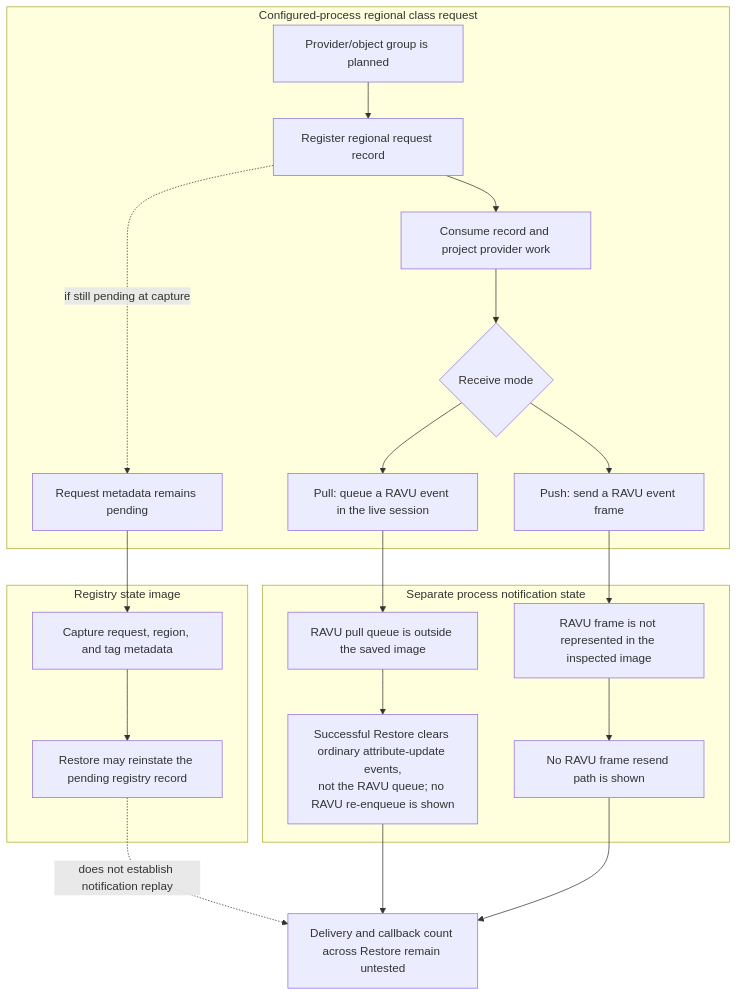
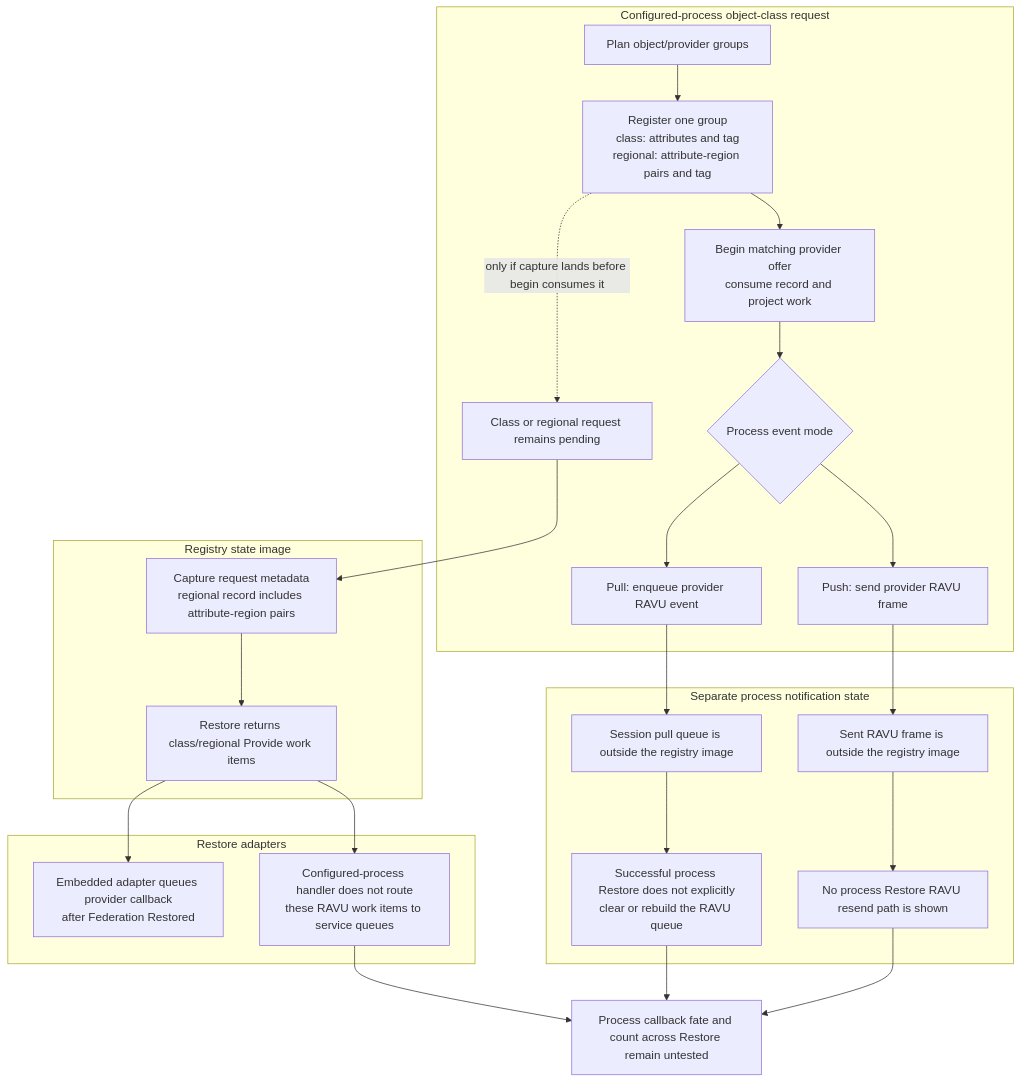
Diagram 15 of 15 in docs/design/HLA-2025-ATTRIBUTE-VALUE-UPDATE-REQUEST-FLOW-GUIDE.md (sheepfling/umbra), drawn with Mermaid before and after one commit. The commit also changed other lines of this file and 2 other files, not shown here.

Commit message:
docs: map configured-process RAVU restore boundary

````diff
--- a/docs/design/HLA-2025-ATTRIBUTE-VALUE-UPDATE-REQUEST-FLOW-GUIDE.md
+++ b/docs/design/HLA-2025-ATTRIBUTE-VALUE-UPDATE-REQUEST-FLOW-GUIDE.md
@@ -1163,27 +1142,32 @@
 ```mermaid
 flowchart TB
-  subgraph Request["Configured-process regional class request"]
-    Plan["Provider/object group is planned"] --> Register["Register regional request record"]
-    Register --> Consume["Consume record and project provider work"]
-    Register -. "if still pending at capture" .-> Pending
-    Consume --> Mode{"Receive mode"}
-    Mode --> Pull["Pull: queue a RAVU event in the live session"]
-    Mode --> Push["Push: send a RAVU event frame"]
+  subgraph Request["Configured-process object-class request"]
+    Plan["Plan object/provider groups"] --> Register["Register one group<br/>class: attributes and tag<br/>regional: attribute-region pairs and tag"]
+    Register --> Consume["Begin matching provider offer<br/>consume record and project work"]
+    Register -. "only if capture lands before begin consumes it" .-> Pending
+    Consume --> Mode{"Process event mode"}
+    Mode --> Pull["Pull: enqueue provider RAVU event"]
+    Mode --> Push["Push: send provider RAVU frame"]
   end
 
   subgraph Image["Registry state image"]
-    Pending["Request metadata remains pending"] --> Capture["Capture request, region, and tag metadata"]
-    Capture --> Restored["Restore may reinstate the pending registry record"]
+    Pending["Class or regional request remains pending"] --> Capture["Capture request metadata<br/>regional record includes attribute-region pairs"]
+    Capture --> Restored["Restore returns class/regional Provide work items"]
+  end
+
+  subgraph Adapters["Restore adapters"]
+    Restored --> Embedded["Embedded adapter queues provider callback<br/>after Federation Restored"]
+    Restored --> Process["Configured-process handler does not route<br/>these RAVU work items to service queues"]
   end
 
   subgraph Delivery["Separate process notification state"]
-    Pull --> PullQueue["RAVU pull queue is outside the saved image"]
-    PullQueue --> PullRestore["Successful Restore clears ordinary attribute-update events,<br/>not the RAVU queue; no RAVU re-enqueue is shown"]
-    Push --> PushFrame["RAVU frame is not represented in the inspected image"]
-    PushFrame --> PushRestore["No RAVU frame resend path is shown"]
+    Pull --> PullQueue["Session pull queue is outside the registry image"]
+    PullQueue --> PullRestore["Successful process Restore does not explicitly<br/>clear or rebuild the RAVU queue"]
+    Push --> PushFrame["Sent RAVU frame is outside the registry image"]
+    PushFrame --> PushRestore["No process Restore RAVU resend path is shown"]
   end
 
-  Restored -. "does not establish notification replay" .-> Unknown["Delivery and callback count across Restore remain untested"]
+  Process --> Unknown["Process callback fate and count across Restore remain untested"]
   PullRestore --> Unknown
   PushRestore --> Unknown
 ```
````
